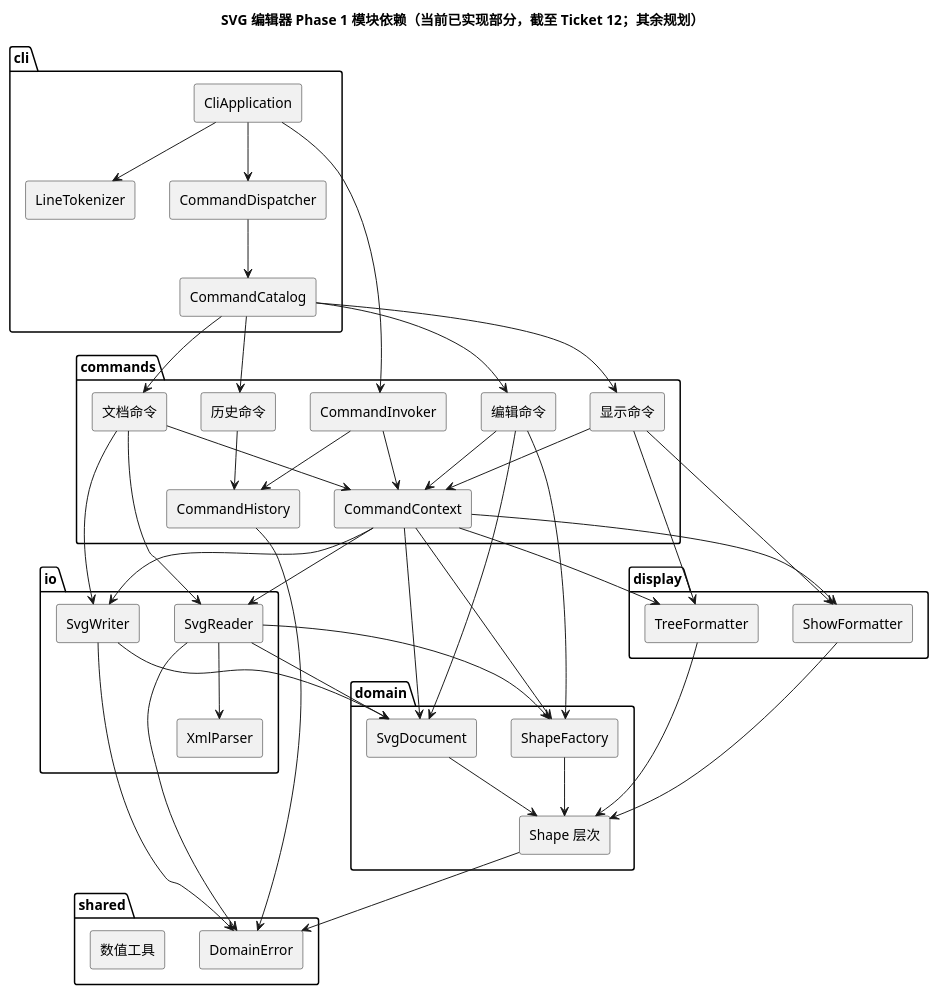
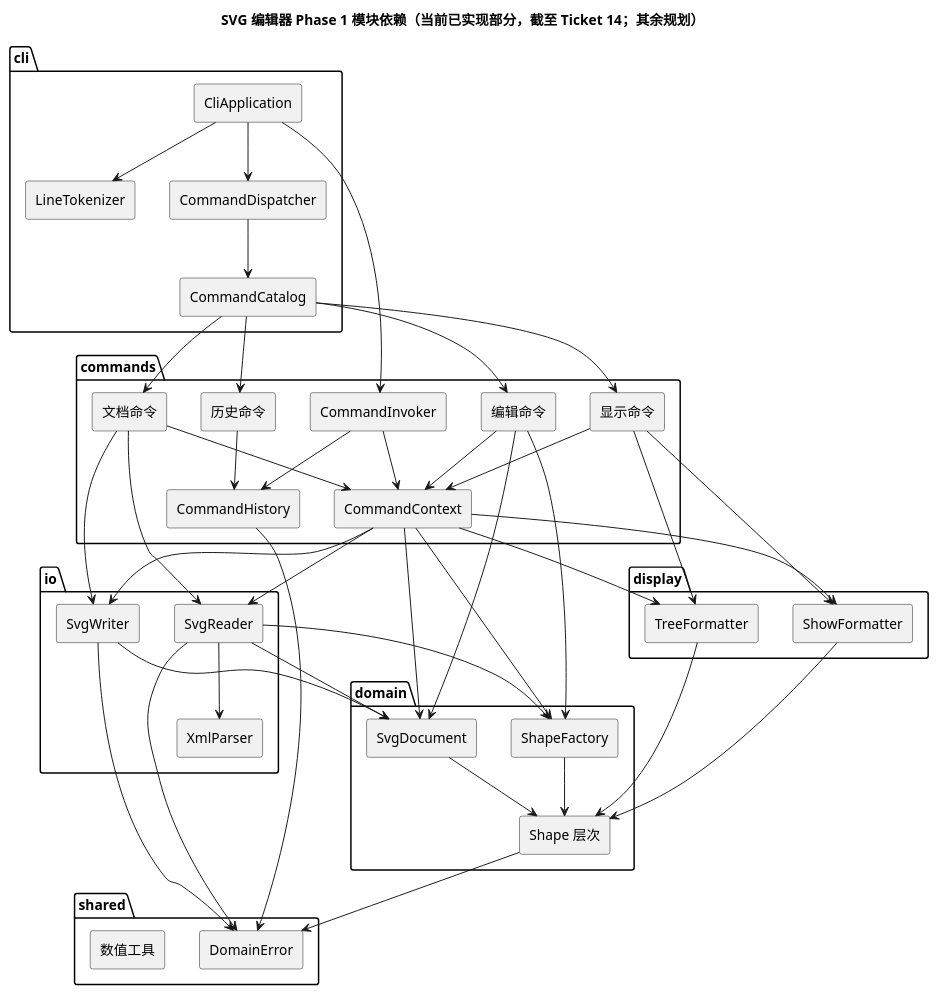
The diagram in doc/architecture.puml (NQC233/svg-editor-lab1), drawn with PlantUML before and after one commit. The commit also changed 6 other files, not shown here.

```diff
--- a/doc/architecture.puml
+++ b/doc/architecture.puml
@@ -1,82 +1,82 @@
 @startuml
 skinparam componentStyle rectangle
-title SVG 编辑器 Phase 1 模块依赖（当前已实现部分，截至 Ticket 12；其余规划）
+title SVG 编辑器 Phase 1 模块依赖（当前已实现部分，截至 Ticket 14；其余规划）
 
 package "cli" {
   [CliApplication]
   [CommandDispatcher]
   [CommandCatalog]
   [LineTokenizer]
 }
 
 package "commands" {
   [CommandInvoker]
   [CommandHistory]
   [CommandContext]
   [编辑命令]
   [文档命令]
   [显示命令]
   [历史命令]
 }
 
 package "domain" {
   [SvgDocument]
   [Shape 层次]
   [ShapeFactory]
 }
 
 package "io" {
   [SvgReader]
   [SvgWriter]
   [XmlParser]
 }
 
 package "display" {
   [TreeFormatter]
   [ShowFormatter]
 }
 
 package "shared" {
   [DomainError]
   [数值工具]
 }
 
 [CliApplication] --> [LineTokenizer]
 [CliApplication] --> [CommandDispatcher]
 [CliApplication] --> [CommandInvoker]
 [CommandDispatcher] --> [CommandCatalog]
 [CommandCatalog] --> [编辑命令]
 [CommandCatalog] --> [文档命令]
 [CommandCatalog] --> [显示命令]
 [CommandCatalog] --> [历史命令]
 [CommandInvoker] --> [CommandHistory]
 [CommandInvoker] --> [CommandContext]
 [编辑命令] --> [CommandContext]
 [文档命令] --> [CommandContext]
 [显示命令] --> [CommandContext]
 [历史命令] --> [CommandHistory]
 [CommandContext] --> [SvgDocument]
 [CommandContext] --> [SvgReader]
 [CommandContext] --> [SvgWriter]
 [CommandContext] --> [TreeFormatter]
 [CommandContext] --> [ShowFormatter]
 [CommandContext] --> [ShapeFactory]
 [编辑命令] --> [SvgDocument]
 [编辑命令] --> [ShapeFactory]
 [文档命令] --> [SvgReader]
 [文档命令] --> [SvgWriter]
 [显示命令] --> [TreeFormatter]
 [显示命令] --> [ShowFormatter]
 [SvgReader] --> [XmlParser]
 [SvgReader] --> [SvgDocument]
 [SvgReader] --> [ShapeFactory]
 [SvgWriter] --> [SvgDocument]
 [TreeFormatter] --> [Shape 层次]
 [ShowFormatter] --> [Shape 层次]
 [ShapeFactory] --> [Shape 层次]
 [SvgDocument] --> [Shape 层次]
 [Shape 层次] --> [DomainError]
 [SvgReader] --> [DomainError]
 [SvgWriter] --> [DomainError]
 [CommandHistory] --> [DomainError]
 @enduml
```
